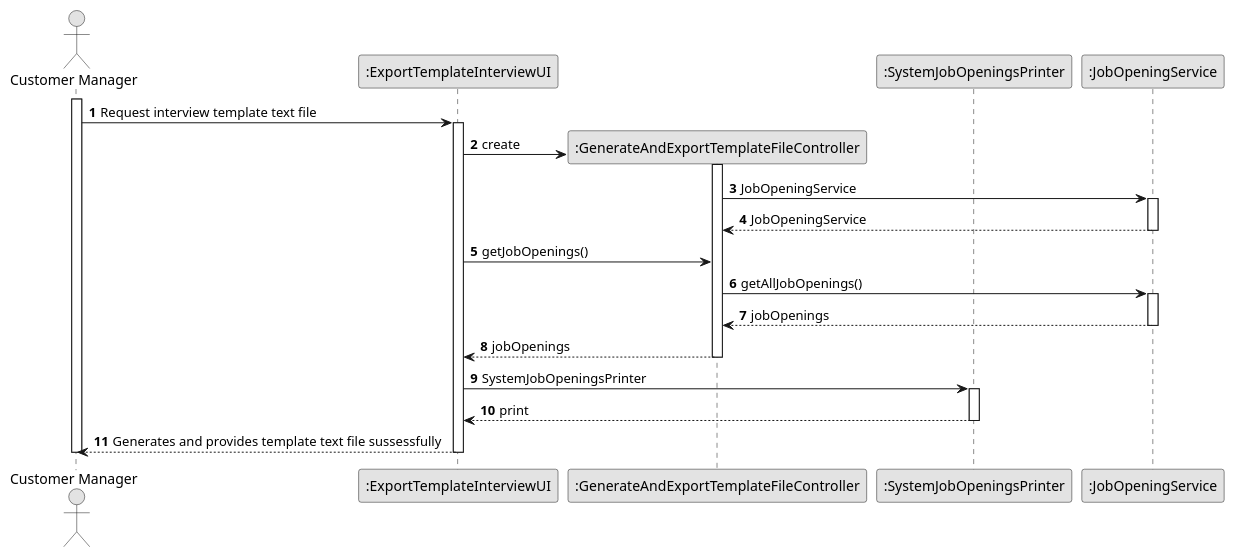
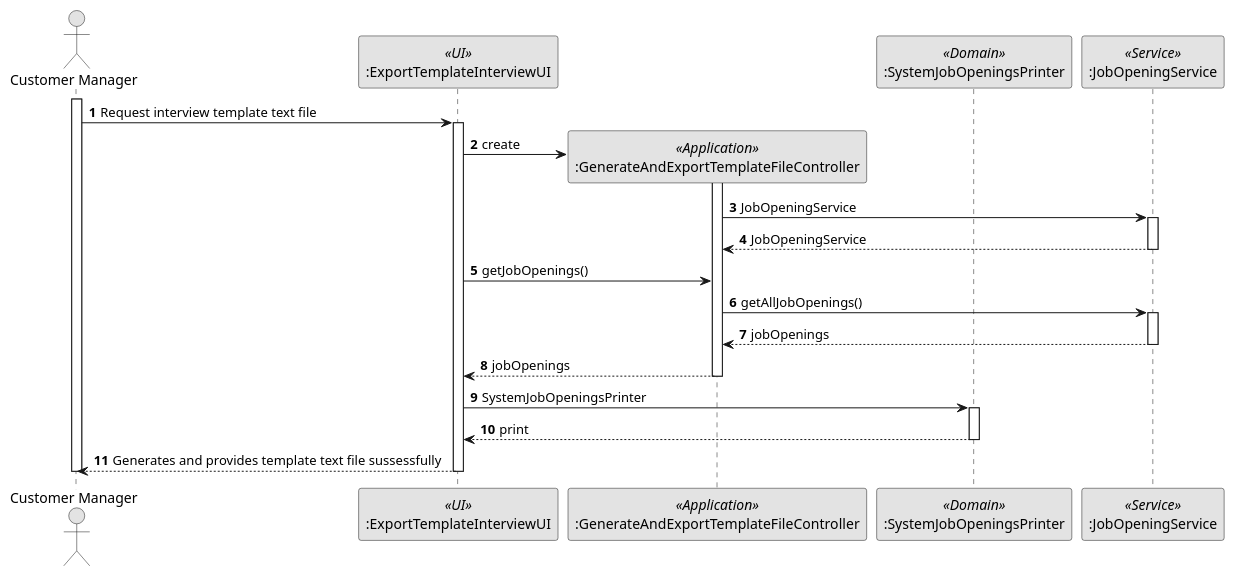
The diagram in docs/sprintB/1012/1012-sequence-diagram.puml (marcoferreira37/Lapr4), drawn with PlantUML before and after one commit. The commit also changed 19 other files, not shown here.

```diff
--- a/docs/sprintB/1012/1012-sequence-diagram.puml
+++ b/docs/sprintB/1012/1012-sequence-diagram.puml
@@ -1,53 +1,53 @@
 @startuml
 'https://plantuml.com/use-case-diagram
 skinparam monochrome true
 skinparam packageStyle rectangle
 skinparam shadowing false
 autonumber
 
 actor "Customer Manager" as CM
-participant ":ExportTemplateInterviewUI" as UI6
-participant ":GenerateAndExportTemplateFileController" as Controller6
-participant ":SystemJobOpeningsPrinter" as printer
-participant ":JobOpeningService" as jobSvc
+participant ":ExportTemplateInterviewUI" as UI6 <<UI>>
+participant ":GenerateAndExportTemplateFileController" as Controller6 <<Application>>
+participant ":SystemJobOpeningsPrinter" as printer <<Domain>>
+participant ":JobOpeningService" as jobSvc <<Service>>
 
 activate CM
 
 CM -> UI6: Request interview template text file
 activate UI6
 
 UI6 -> Controller6**: create
 activate Controller6
 
 Controller6 -> jobSvc: JobOpeningService
 activate jobSvc
 
 jobSvc --> Controller6: JobOpeningService
 deactivate jobSvc
 
 UI6 -> Controller6:getJobOpenings()
 Controller6 -> jobSvc: getAllJobOpenings()
 activate jobSvc
 
 jobSvc --> Controller6: jobOpenings
 
 deactivate jobSvc
 Controller6 --> UI6: jobOpenings
 deactivate Controller6
 UI6 -> printer: SystemJobOpeningsPrinter
 activate printer
 
 printer --> UI6: print
 
 deactivate printer
 
 
 
 
 UI6 --> CM: Generates and provides template text file sussessfully
 
 deactivate UI6
 
 deactivate CM
 
 @enduml
```
